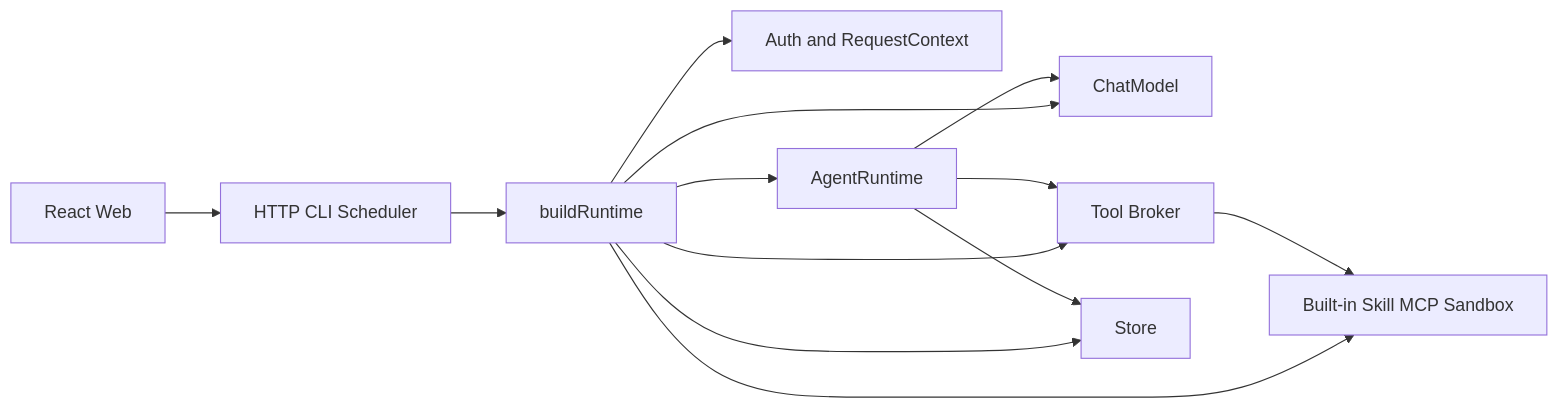
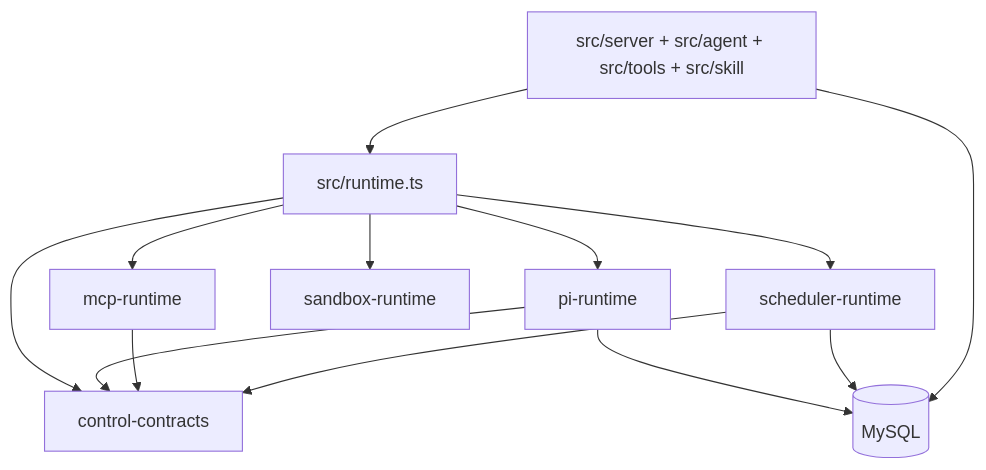
One commit to Wpxknight/agentdemo changed the diagram in docs/guide/code-walkthrough.md. Above: the diagram before and after it, drawn with Mermaid. The commit also changed other lines of this file and 11 other files, not shown here.

Commit message:
docs: document pi first runtime architecture

````diff
--- a/docs/guide/code-walkthrough.md
+++ b/docs/guide/code-walkthrough.md
@@ -71,25 +50,24 @@
-~~~mermaid
-flowchart LR
-  Entry[HTTP CLI Scheduler]
-  Compose[buildRuntime]
-  Auth[Auth and RequestContext]
-  Agent[AgentRuntime]
-  Model[ChatModel]
-  Broker[Tool Broker]
-  Extensions[Built-in Skill MCP Sandbox]
-  Store[Store]
-  Web[React Web]
+```mermaid
+flowchart TB
+  App[src/runtime.ts]
+  Contracts[control-contracts]
+  PiRuntime[pi-runtime]
+  Mcp[mcp-runtime]
+  Sandbox[sandbox-runtime]
+  Scheduler[scheduler-runtime]
+  Product[src/server + src/agent + src/tools + src/skill]
+  DB[(MySQL)]
 
-  Entry --> Compose
-  Web --> Entry
-  Compose --> Auth
-  Compose --> Agent
-  Compose --> Model
-  Compose --> Broker
-  Compose --> Extensions
-  Compose --> Store
-  Agent --> Model
-  Agent --> Broker
-  Agent --> Store
-  Broker --> Extensions
-~~~
+  App --> Contracts
+  App --> PiRuntime
+  App --> Mcp
+  App --> Sandbox
+  App --> Scheduler
+  Product --> App
+  PiRuntime --> Contracts
+  Mcp --> Contracts
+  Scheduler --> Contracts
+  PiRuntime --> DB
+  Scheduler --> DB
+  Product --> DB
+```
````
